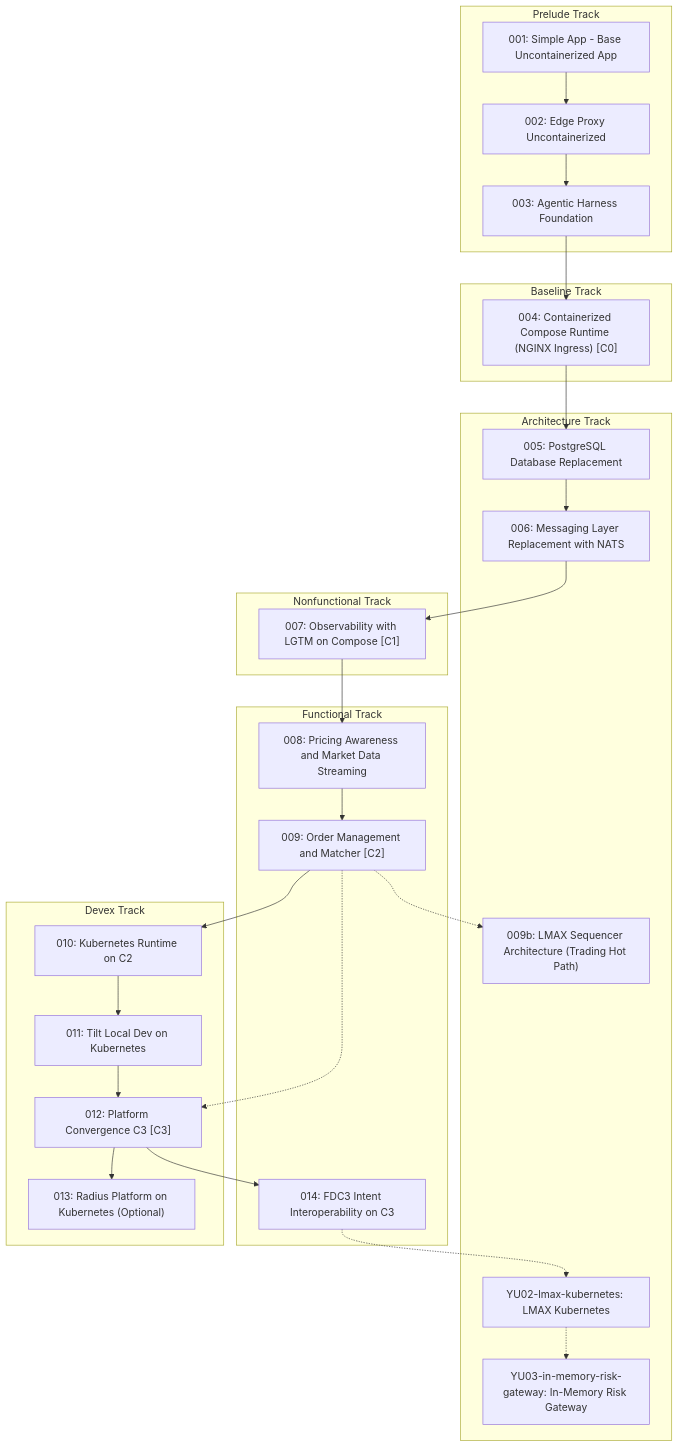
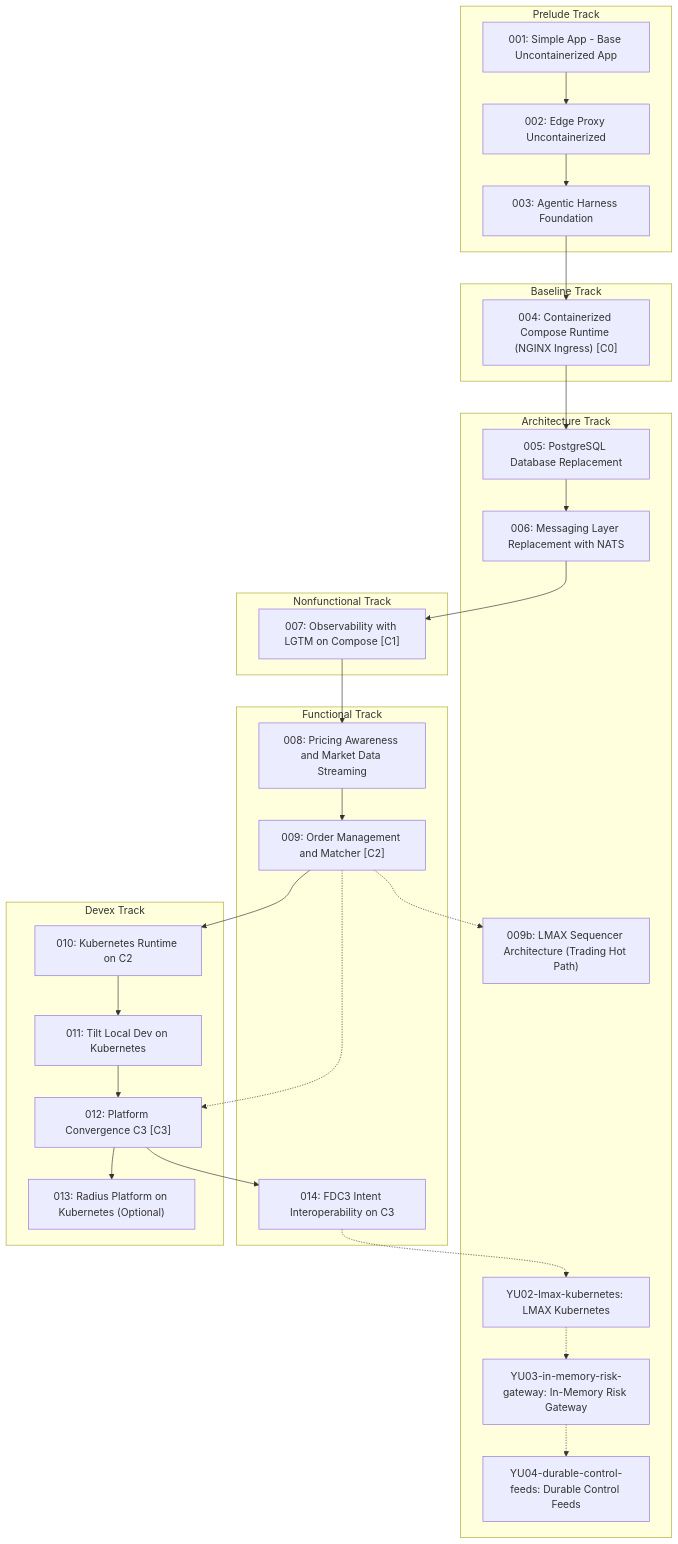
Before and after one commit to YU-CS-Summer-2026-Distributed-TraderX/traderX: the third of 3 diagrams in docs/learning-paths/index.md, drawn with Mermaid. The commit also changed other lines of this file and 76 other files, not shown here.

First line of the commit message:
Add YU04-durable-control-feeds: durable outbox control feeds for the risk gateway

````diff
--- a/docs/learning-paths/index.md
+++ b/docs/learning-paths/index.md
@@ -120,50 +124,52 @@
 ```mermaid
 flowchart TB
   subgraph PRELUDE["Prelude Track"]
     S001_baseline_uncontainerized_parity["001: Simple App - Base Uncontainerized App"]
     S002_edge_proxy_uncontainerized["002: Edge Proxy Uncontainerized"]
     S003_agentic_harness_foundation["003: Agentic Harness Foundation"]
   end
   subgraph BASELINE["Baseline Track"]
     S004_containerized_compose_runtime["004: Containerized Compose Runtime (NGINX Ingress) [C0]"]
   end
   subgraph ARCHITECTURE["Architecture Track"]
     S005_postgres_database_replacement["005: PostgreSQL Database Replacement"]
     S006_messaging_nats_replacement["006: Messaging Layer Replacement with NATS"]
     S009b_lmax_sequencer_architecture["009b: LMAX Sequencer Architecture (Trading Hot Path)"]
     SYU02_lmax_kubernetes["YU02-lmax-kubernetes: LMAX Kubernetes"]
     SYU03_in_memory_risk_gateway["YU03-in-memory-risk-gateway: In-Memory Risk Gateway"]
+    SYU04_durable_control_feeds["YU04-durable-control-feeds: Durable Control Feeds"]
   end
   subgraph NONFUNCTIONAL["Nonfunctional Track"]
     S007_observability_lgtm_compose["007: Observability with LGTM on Compose [C1]"]
   end
   subgraph FUNCTIONAL["Functional Track"]
     S008_pricing_awareness_market_data["008: Pricing Awareness and Market Data Streaming"]
     S009_order_management_matcher["009: Order Management and Matcher [C2]"]
     S014_fdc3_intent_interoperability["014: FDC3 Intent Interoperability on C3"]
   end
   subgraph DEVEX["Devex Track"]
     S010_kubernetes_runtime["010: Kubernetes Runtime on C2"]
     S011_tilt_kubernetes_dev_loop["011: Tilt Local Dev on Kubernetes"]
     S012_platform_convergence_c3["012: Platform Convergence C3 [C3]"]
     S013_radius_kubernetes_platform["013: Radius Platform on Kubernetes (Optional)"]
   end
   S001_baseline_uncontainerized_parity --> S002_edge_proxy_uncontainerized
   S002_edge_proxy_uncontainerized --> S003_agentic_harness_foundation
   S003_agentic_harness_foundation --> S004_containerized_compose_runtime
   S004_containerized_compose_runtime --> S005_postgres_database_replacement
   S005_postgres_database_replacement --> S006_messaging_nats_replacement
   S006_messaging_nats_replacement --> S007_observability_lgtm_compose
   S007_observability_lgtm_compose --> S008_pricing_awareness_market_data
   S008_pricing_awareness_market_data --> S009_order_management_matcher
   S009_order_management_matcher -.-> S009b_lmax_sequencer_architecture
   S009_order_management_matcher --> S010_kubernetes_runtime
   S010_kubernetes_runtime --> S011_tilt_kubernetes_dev_loop
   S011_tilt_kubernetes_dev_loop --> S012_platform_convergence_c3
   S012_platform_convergence_c3 --> S013_radius_kubernetes_platform
   S012_platform_convergence_c3 --> S014_fdc3_intent_interoperability
   S014_fdc3_intent_interoperability -.-> SYU02_lmax_kubernetes
   SYU02_lmax_kubernetes -.-> SYU03_in_memory_risk_gateway
+  SYU03_in_memory_risk_gateway -.-> SYU04_durable_control_feeds
   S009_order_management_matcher -.-> S012_platform_convergence_c3
   classDef convergence fill:#d7f5dd,stroke:#2e7d32,stroke-width:2px
 ```
````
